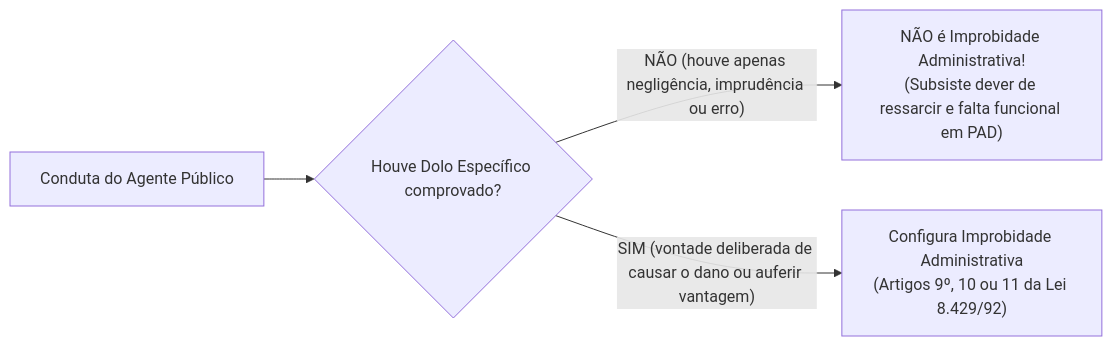
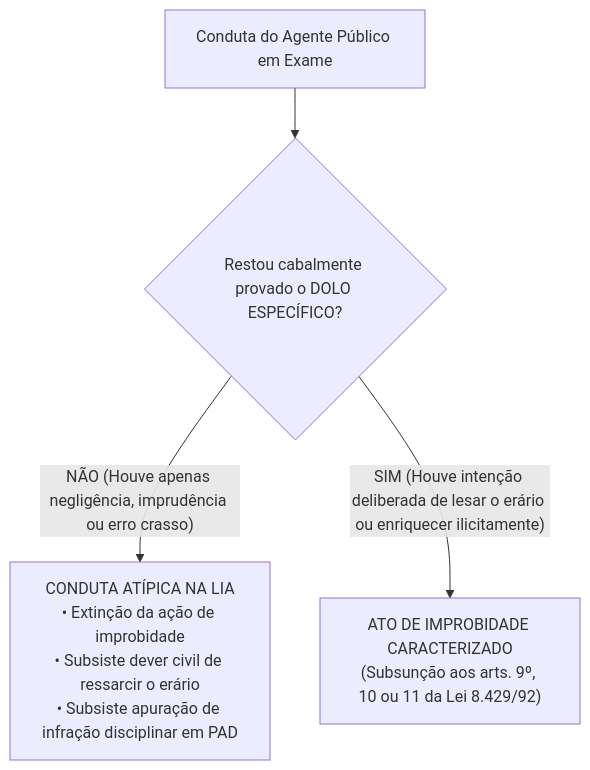
One commit to thiagosantos346/TCE-GO-2027 changed the second of 3 diagrams in fontes_de_estudo/conhecimentos_especificos_a01_tecnico_administrativo/15_nocoes_de_direito_administrativo/05_controle_da_administracao_e_improbidade_administrativa.md. Above: the diagram before and after it, drawn with Mermaid. The commit also changed other lines of this file and 119 other files, not shown here.

````diff
--- a/fontes_de_estudo/conhecimentos_especificos_a01_tecnico_administrativo/15_nocoes_de_direito_administrativo/05_controle_da_administracao_e_improbidade_administrativa.md
+++ b/fontes_de_estudo/conhecimentos_especificos_a01_tecnico_administrativo/15_nocoes_de_direito_administrativo/05_controle_da_administracao_e_improbidade_administrativa.md
@@ -95,6 +164,8 @@
 ```mermaid
-flowchart LR
-    A["Conduta do Agente Público"] --> T{"Houve Dolo Específico comprovado?"}
-    T -->|"NÃO (houve apenas negligência, imprudência ou erro)"| N["NÃO é Improbidade Administrativa!<br/>(Subsiste dever de ressarcir e falta funcional em PAD)"]
-    T -->|"SIM (vontade deliberada de causar o dano ou auferir vantagem)"| I["Configura Improbidade Administrativa<br/>(Artigos 9º, 10 ou 11 da Lei 8.429/92)"]
+flowchart TD
+    ATO["Conduta do Agente Público em Exame"] --> TESTE{"Restou cabalmente provado o DOLO ESPECÍFICO?"}
+    
+    TESTE -- "NÃO (Houve apenas negligência, imprudência ou erro crasso)" --> ATIP["CONDUTA ATÍPICA NA LIA<br/>• Extinção da ação de improbidade<br/>• Subsiste dever civil de ressarcir o erário<br/>• Subsiste apuração de infração disciplinar em PAD"]
+    
+    TESTE -- "SIM (Houve intenção deliberada de lesar o erário ou enriquecer ilicitamente)" --> TIP["ATO DE IMPROBIDADE CARACTERIZADO<br/>(Subsunção aos arts. 9º, 10 ou 11 da Lei 8.429/92)"]
 ```
````
